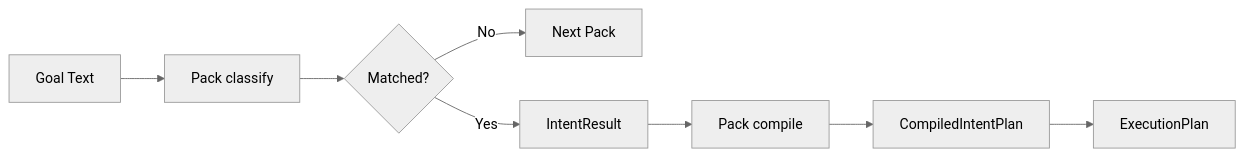
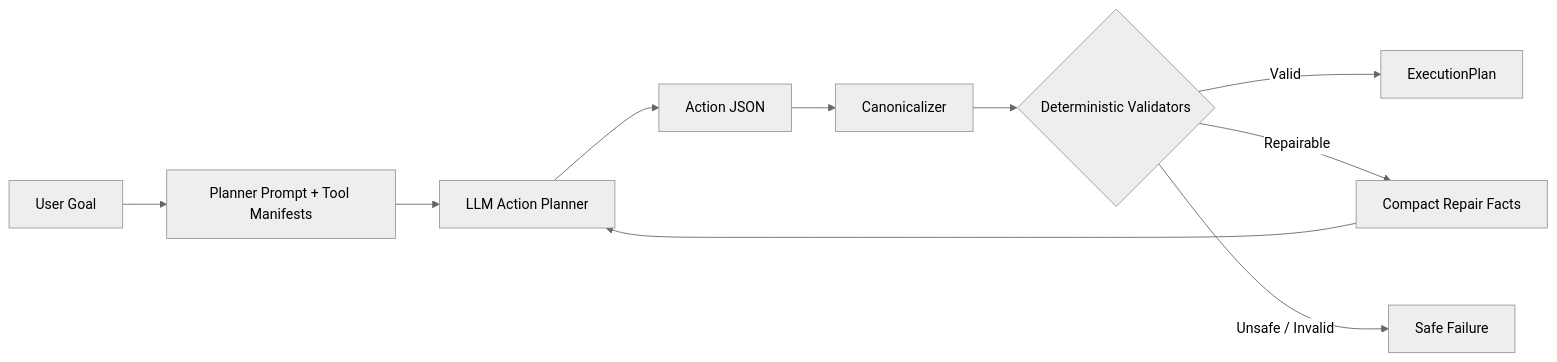
One commit to vinithbraj/openfabric changed the second of 9 diagrams in docs/MERMAID_DIAGRAMS.md. Above: the diagram before and after it, drawn with Mermaid (neutral theme). The commit also changed other lines of this file and 105 other files, not shown here.

Commit message:
Document current OpenFABRIC architecture

````diff
--- a/docs/MERMAID_DIAGRAMS.md
+++ b/docs/MERMAID_DIAGRAMS.md
@@ -26,10 +28,12 @@
 ```mermaid
 flowchart LR
-    A[Goal Text] --> B[Pack classify]
-    B --> C{Matched?}
-    C -- No --> D[Next Pack]
-    C -- Yes --> E[IntentResult]
-    E --> F[Pack compile]
-    F --> G[CompiledIntentPlan]
-    G --> H[ExecutionPlan]
+    A[User Goal] --> B[Planner Prompt + Tool Manifests]
+    B --> C[LLM Action Planner]
+    C --> D[Action JSON]
+    D --> E[Canonicalizer]
+    E --> F{Deterministic Validators}
+    F -->|Valid| G[ExecutionPlan]
+    F -->|Repairable| H[Compact Repair Facts]
+    H --> C
+    F -->|Unsafe / Invalid| I[Safe Failure]
 ```
````
